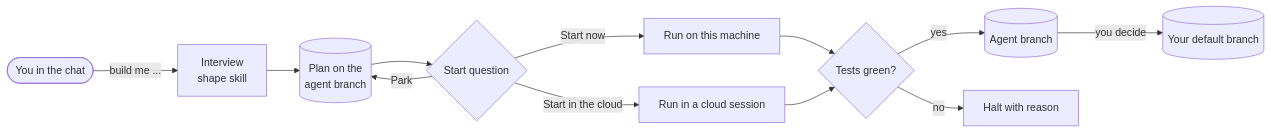
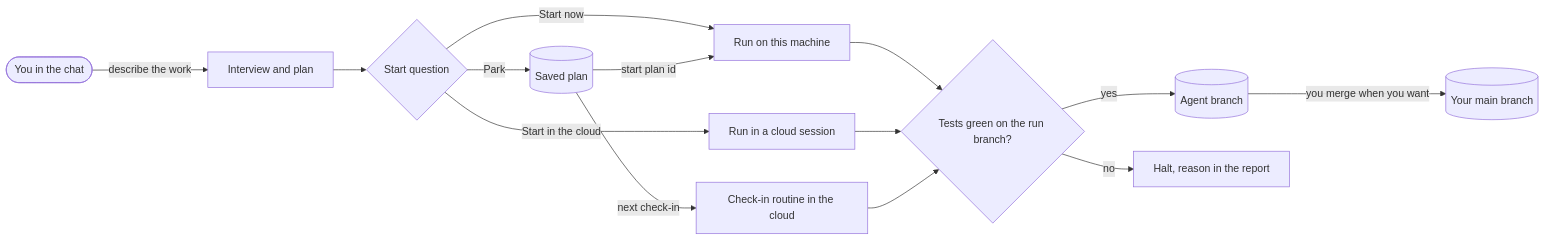
Before and after one commit to ahlerjam/cflow: the first of 7 diagrams in plugins/slice/README.md, drawn with Mermaid. The commit also changed other lines of this file and 3 other files, not shown here.

````diff
--- a/plugins/slice/README.md
+++ b/plugins/slice/README.md
@@ -40,14 +16,16 @@
 ```mermaid
 flowchart LR
-    you([You in the chat]) -->|"build me ..."| shape[Interview<br/>shape skill]
-    shape --> plan[(Plan on the<br/>agent branch)]
-    plan --> q{Start question}
-    q -->|Start now| local[Run on this machine]
-    q -->|Start in the cloud| cloud[Run in a cloud session]
-    q -->|Park| plan
-    local --> gate{Tests green?}
+    you(["You in the chat"]) -->|"describe the work"| plan["Interview and plan"]
+    plan --> q{"Start question"}
+    q -->|"Start now"| local["Run on this machine"]
+    q -->|"Start in the cloud"| cloud["Run in a cloud session"]
+    q -->|"Park"| saved[("Saved plan")]
+    saved -->|"start plan id"| local
+    saved -->|"next check-in"| routine["Check-in routine in the cloud"]
+    local --> gate{"Tests green on the run branch?"}
     cloud --> gate
-    gate -->|yes| agent[(Agent branch)]
-    gate -->|no| halt[Halt with reason]
-    agent -->|you decide| main[(Your default branch)]
+    routine --> gate
+    gate -->|"yes"| agent[("Agent branch")]
+    gate -->|"no"| halt["Halt, reason in the report"]
+    agent -->|"you merge when you want"| main[("Your main branch")]
 ```
````
